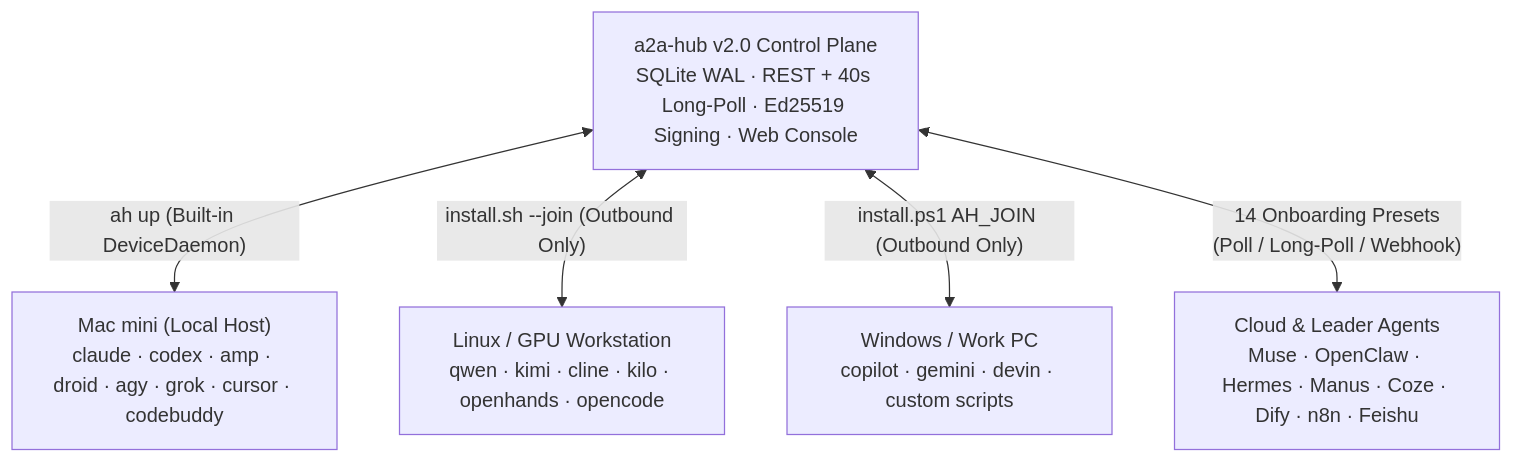
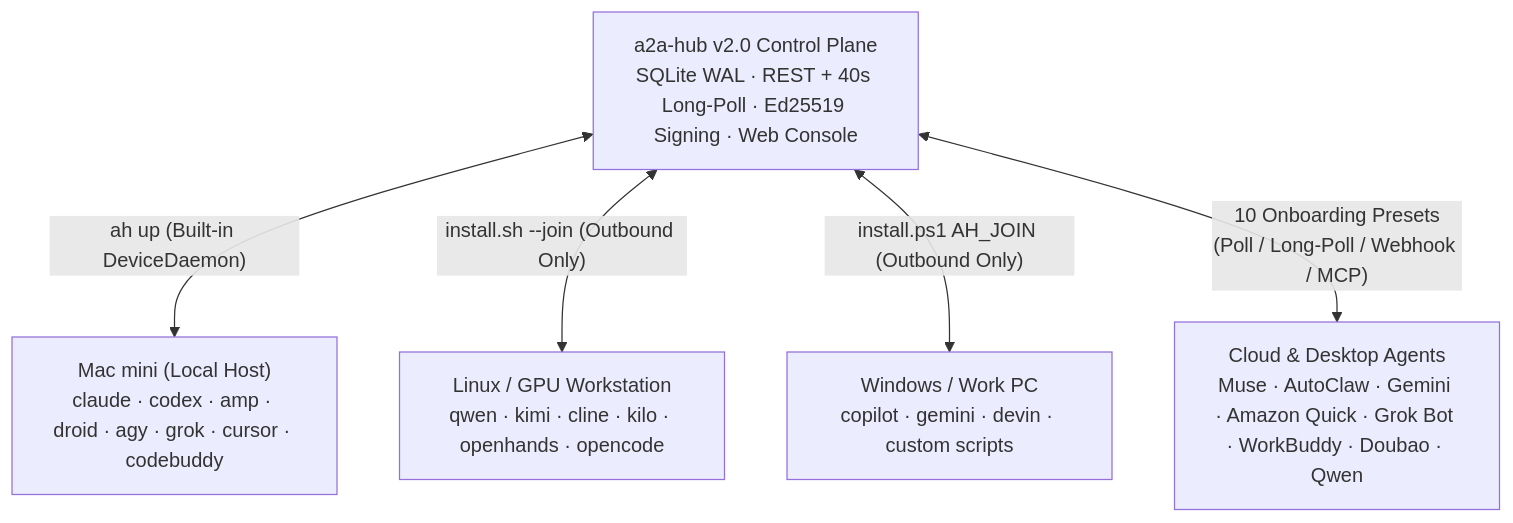
One commit to backtomyfuture/a2a-hub changed the first of 3 diagrams in README.en.md. Above: the diagram before and after it, drawn with Mermaid. The commit also changed other lines of this file and 6 other files, not shown here.

````diff
--- a/README.en.md
+++ b/README.en.md
@@ -31,8 +31,8 @@
 ```mermaid
 flowchart TB
     HUB["a2a-hub v2.0 Control Plane\nSQLite WAL · REST + 40s Long-Poll · Ed25519 Signing · Web Console"]
     HUB <-->|"ah up (Built-in DeviceDaemon)"| M1["Mac mini (Local Host)\nclaude · codex · amp · droid · agy · grok · cursor · codebuddy"]
     HUB <-->|"install.sh --join (Outbound Only)"| M2["Linux / GPU Workstation\nqwen · kimi · cline · kilo · openhands · opencode"]
     HUB <-->|"install.ps1 AH_JOIN (Outbound Only)"| M3["Windows / Work PC\ncopilot · gemini · devin · custom scripts"]
-    HUB <-->|"14 Onboarding Presets\n(Poll / Long-Poll / Webhook)"| C1["Cloud & Leader Agents\nMuse · OpenClaw · Hermes · Manus · Coze · Dify · n8n · Feishu"]
+    HUB <-->|"10 Onboarding Presets\n(Poll / Long-Poll / Webhook / MCP)"| C1["Cloud & Desktop Agents\nMuse · AutoClaw · Gemini · Amazon Quick · Grok Bot · WorkBuddy · Doubao · Qwen"]
 ```
````
